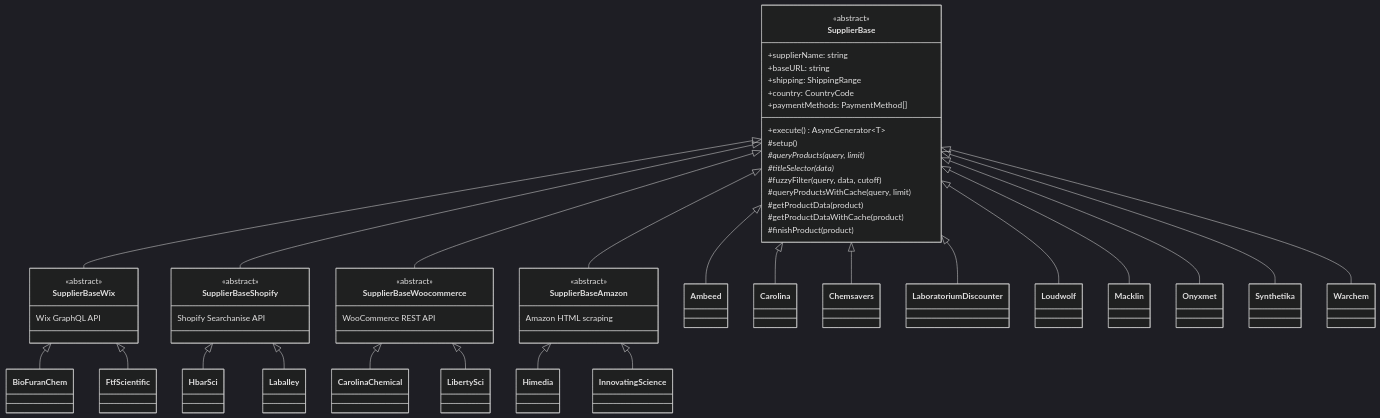
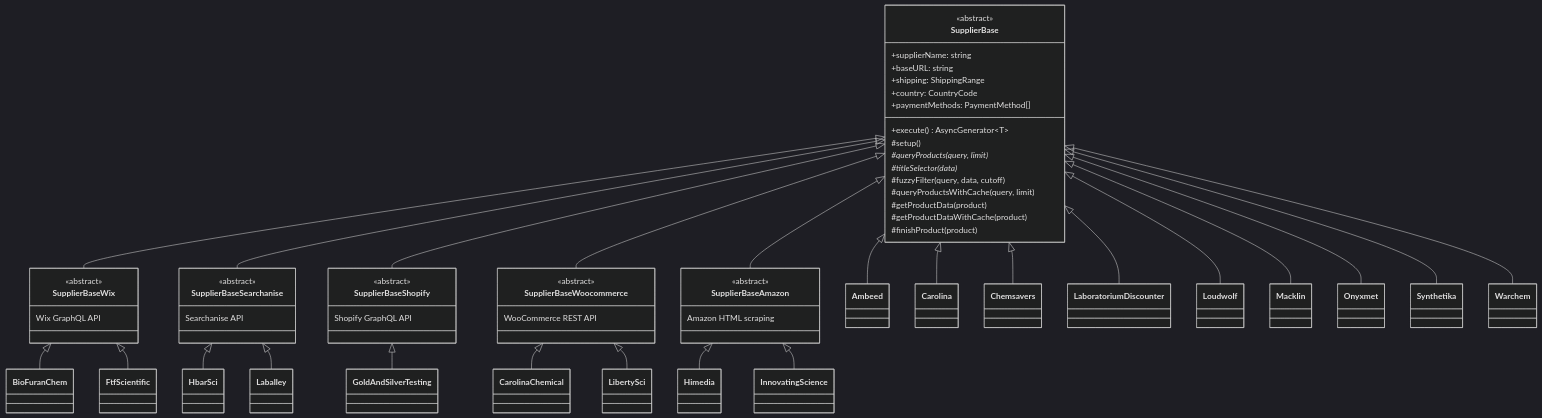
One commit to jhyland87/chem-pal changed the second of 5 diagrams in pages/diagrams/supplier-lifecycle.md. Above: the diagram before and after it, drawn with Mermaid (dark theme). The commit also changed other lines of this file and 35 other files, not shown here.

````diff
--- a/pages/diagrams/supplier-lifecycle.md
+++ b/pages/diagrams/supplier-lifecycle.md
@@ -43,64 +43,71 @@
 ```mermaid
 classDiagram
     class SupplierBase {
         <<abstract>>
         +supplierName: string
         +baseURL: string
         +shipping: ShippingRange
         +country: CountryCode
         +paymentMethods: PaymentMethod[]
         +execute() AsyncGenerator~T~
         #setup()
         #queryProducts(query, limit)*
         #titleSelector(data)*
         #fuzzyFilter(query, data, cutoff)
         #queryProductsWithCache(query, limit)
         #getProductData(product)
         #getProductDataWithCache(product)
         #finishProduct(product)
     }
 
     class SupplierBaseWix {
         <<abstract>>
         Wix GraphQL API
     }
+    class SupplierBaseSearchanise {
+        <<abstract>>
+        Searchanise API
+    }
     class SupplierBaseShopify {
         <<abstract>>
-        Shopify Searchanise API
+        Shopify GraphQL API
     }
     class SupplierBaseWoocommerce {
         <<abstract>>
         WooCommerce REST API
     }
     class SupplierBaseAmazon {
         <<abstract>>
         Amazon HTML scraping
     }
 
     SupplierBase <|-- SupplierBaseWix
+    SupplierBase <|-- SupplierBaseSearchanise
     SupplierBase <|-- SupplierBaseShopify
     SupplierBase <|-- SupplierBaseWoocommerce
     SupplierBase <|-- SupplierBaseAmazon
 
     SupplierBase <|-- Ambeed
     SupplierBase <|-- Carolina
     SupplierBase <|-- Chemsavers
     SupplierBase <|-- LaboratoriumDiscounter
     SupplierBase <|-- Loudwolf
     SupplierBase <|-- Macklin
     SupplierBase <|-- Onyxmet
     SupplierBase <|-- Synthetika
     SupplierBase <|-- Warchem
 
     SupplierBaseWix <|-- BioFuranChem
     SupplierBaseWix <|-- FtfScientific
 
-    SupplierBaseShopify <|-- HbarSci
-    SupplierBaseShopify <|-- Laballey
+    SupplierBaseSearchanise <|-- HbarSci
+    SupplierBaseSearchanise <|-- Laballey
+
+    SupplierBaseShopify <|-- GoldAndSilverTesting
 
     SupplierBaseWoocommerce <|-- CarolinaChemical
     SupplierBaseWoocommerce <|-- LibertySci
 
     SupplierBaseAmazon <|-- Himedia
     SupplierBaseAmazon <|-- InnovatingScience
 ```
````
